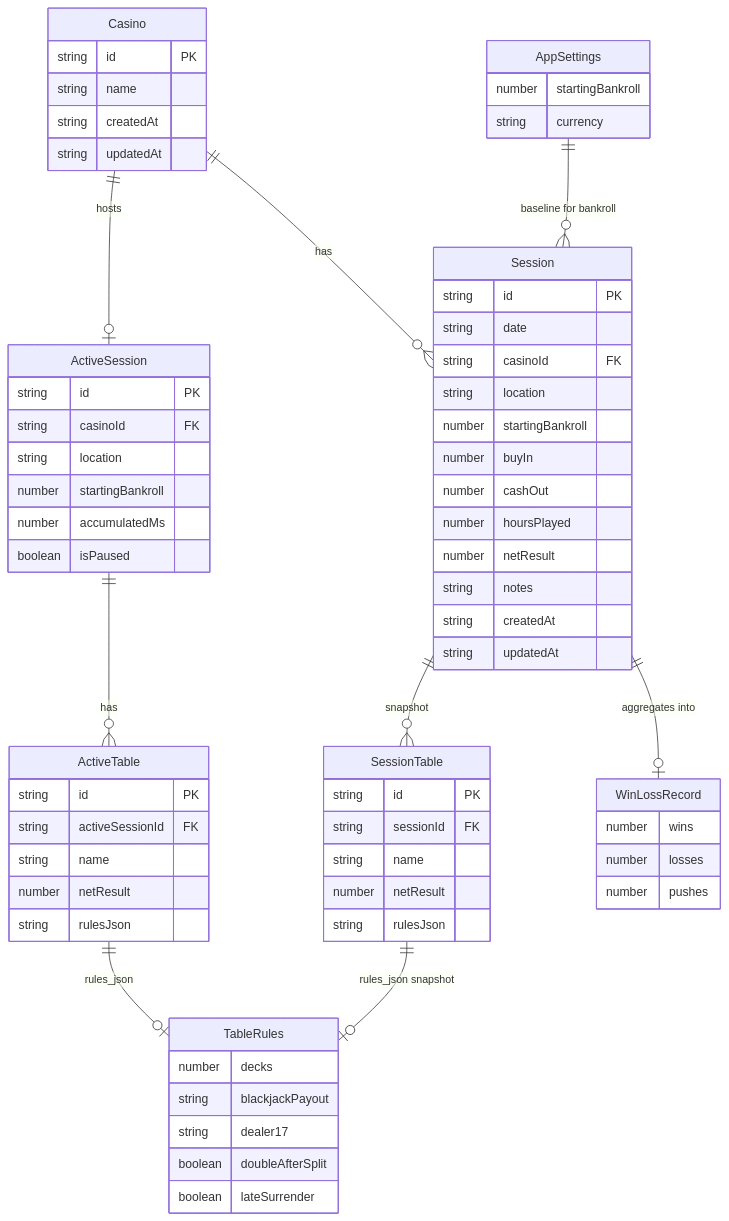
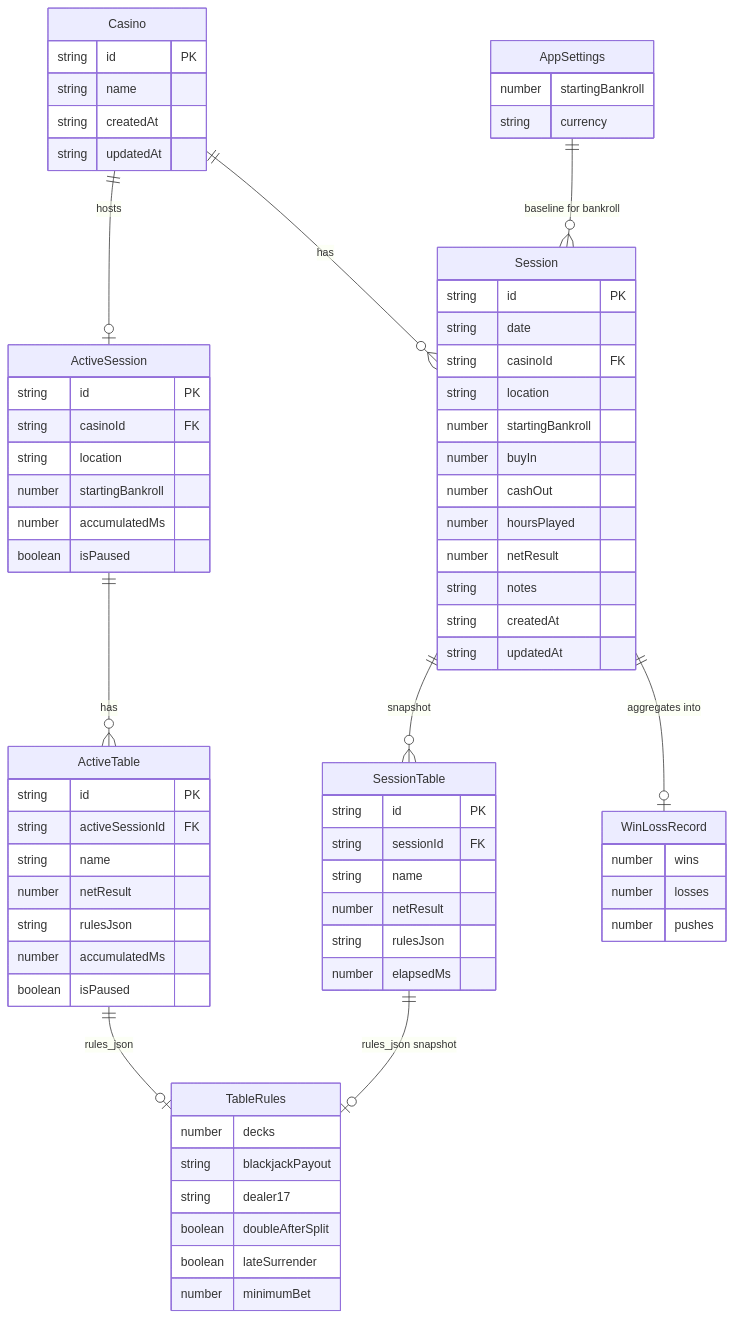
Before and after one commit to Trevor5008/StackTrack: the first of 2 diagrams in docs/schema.md, drawn with Mermaid. The commit also changed other lines of this file and 23 other files, not shown here.

Commit message:
feat: per-table play/pause timers and UI polish Session hours come from the sum of table timers (schema v4) Swipe-delete on casino cards, rename on long-press Table cards now include minimum bet and are titled based on date and time started for easier identification Docs/Changelog updates

````diff
--- a/docs/schema.md
+++ b/docs/schema.md
@@ -231,69 +253,73 @@
 ```mermaid
 erDiagram
   Casino ||--o{ Session : "has"
   Casino ||--o| ActiveSession : "hosts"
   AppSettings ||--o{ Session : "baseline for bankroll"
   ActiveSession ||--o{ ActiveTable : "has"
   Session ||--o{ SessionTable : "snapshot"
   ActiveTable ||--o| TableRules : "rules_json"
   SessionTable ||--o| TableRules : "rules_json snapshot"
   Casino {
     string id PK
     string name
     string createdAt
     string updatedAt
   }
   Session {
     string id PK
     string date
     string casinoId FK
     string location
     number startingBankroll
     number buyIn
     number cashOut
     number hoursPlayed
     number netResult
     string notes
     string createdAt
     string updatedAt
   }
   ActiveSession {
     string id PK
     string casinoId FK
     string location
     number startingBankroll
     number accumulatedMs
     boolean isPaused
   }
   ActiveTable {
     string id PK
     string activeSessionId FK
     string name
     number netResult
     string rulesJson
+    number accumulatedMs
+    boolean isPaused
   }
   SessionTable {
     string id PK
     string sessionId FK
     string name
     number netResult
     string rulesJson
+    number elapsedMs
   }
   TableRules {
     number decks
     string blackjackPayout
     string dealer17
     boolean doubleAfterSplit
     boolean lateSurrender
+    number minimumBet
   }
   AppSettings {
     number startingBankroll
     string currency
   }
   WinLossRecord {
     number wins
     number losses
     number pushes
   }
   Session ||--o| WinLossRecord : "aggregates into"
 ```
````
